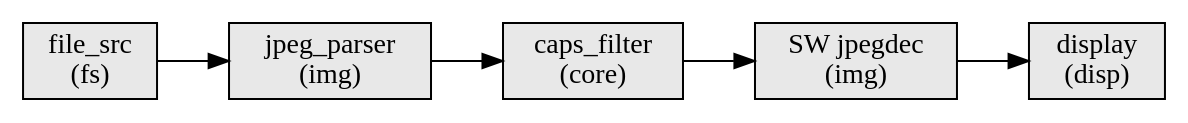
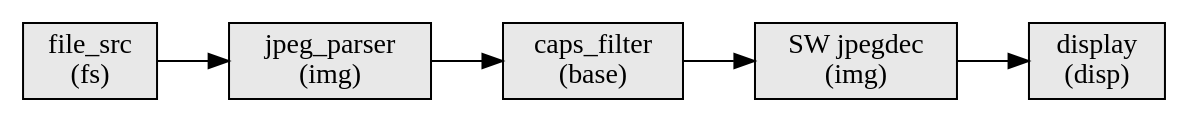
One commit to nxp-upstream/zephyr changed the second of 2 diagrams in samples/subsys/mpipe/jpeg_dec/README.rst. Above: the diagram before and after it, drawn with Graphviz. The commit also changed other lines of this file and 40 other files, not shown here.

```diff
--- a/samples/subsys/mpipe/jpeg_dec/README.rst
+++ b/samples/subsys/mpipe/jpeg_dec/README.rst
@@ -49,12 +49,12 @@
 .. graphviz::
 
    digraph pipeline_b {
      rankdir=LR;
      node [shape=box, style=filled, fillcolor="#e8e8e8"];
      file_src      [label="file_src\n(fs)"];
      jpeg_parser  [label="jpeg_parser\n(img)"];
-     caps_filter   [label="caps_filter\n(core)"];
+     caps_filter   [label="caps_filter\n(base)"];
      sw_jpegdec   [label="SW jpegdec\n(img)"];
      display      [label="display\n(disp)"];
      file_src -> jpeg_parser -> caps_filter -> sw_jpegdec -> display;
    }
```
